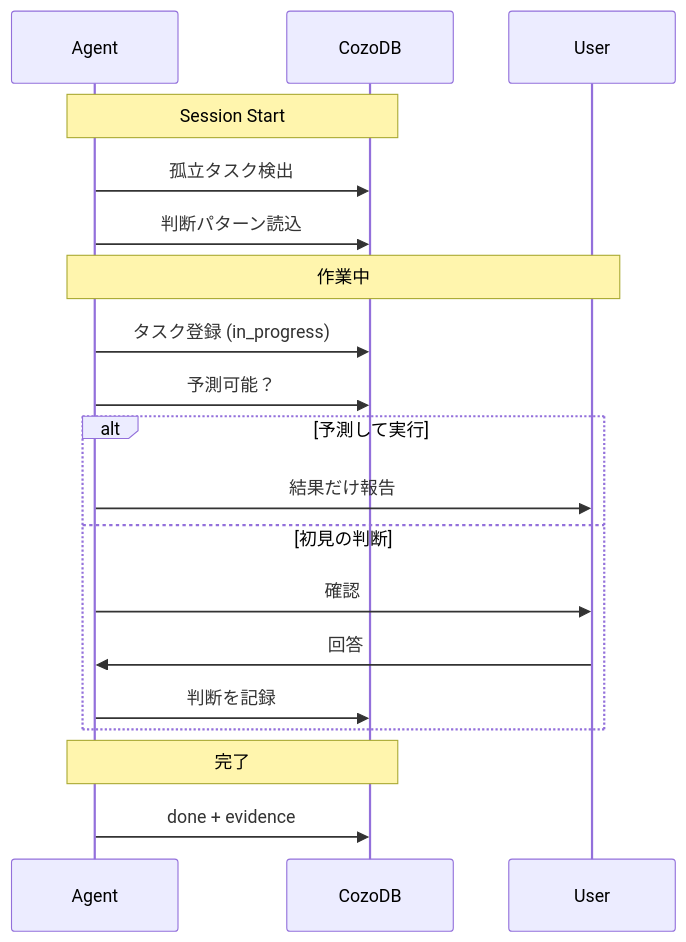
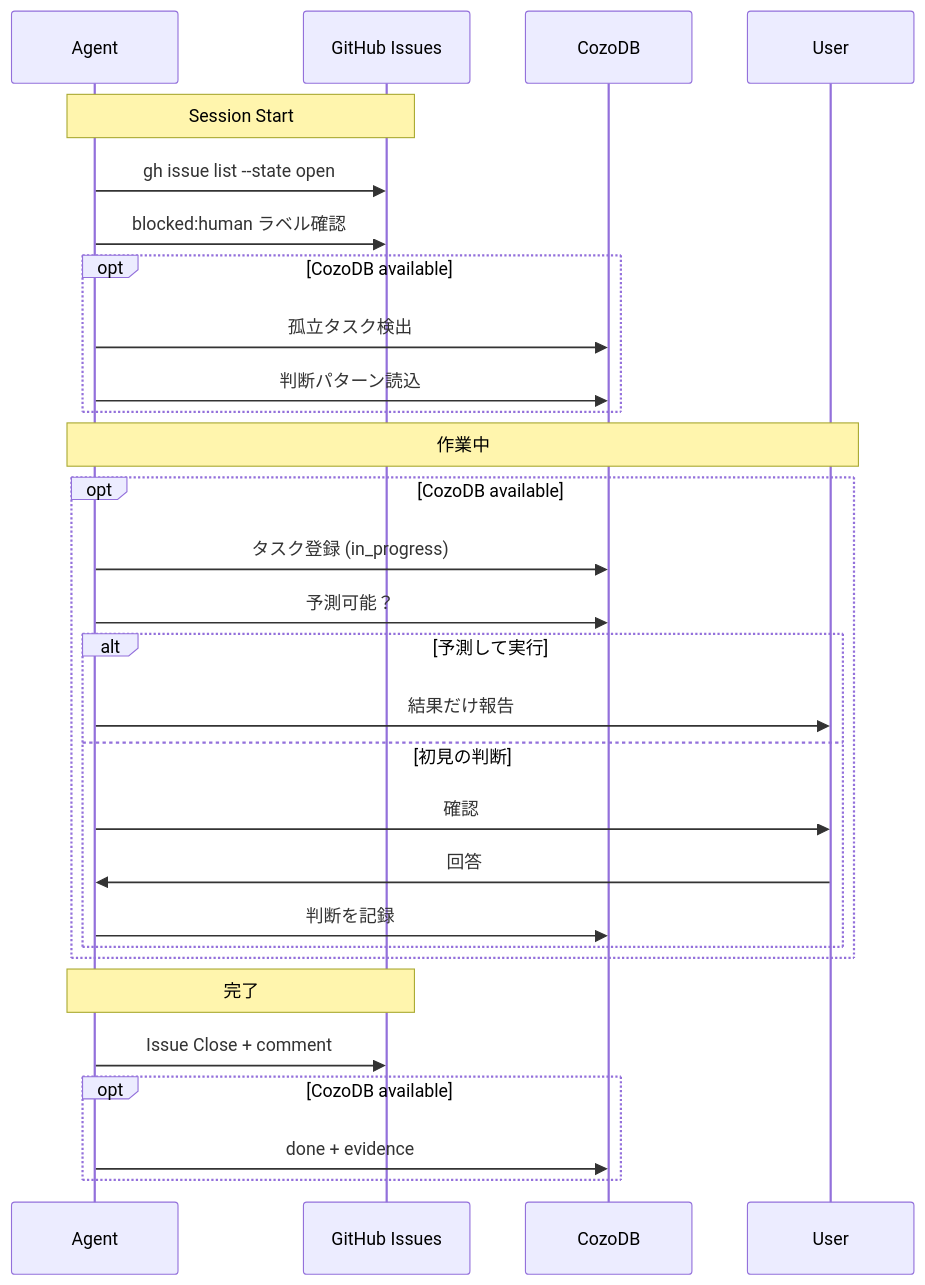
The fifth of 5 diagrams in README.md (AtsushiYamashita/skills-my-util), drawn with Mermaid before and after one commit. The commit also changed other lines of this file and 2 other files, not shown here.

Commit message:
docs: define GitHub Issues vs CozoDB boundary, remove status labels
Why: status:planned/in-progress/blocked labels duplicated CozoDB state,
creating a sync problem with no clear source of truth. Labels are now
classification-only (blocked:*, critical-path, priority:*), and state
management is CozoDB's responsibility.

````diff
--- a/README.md
+++ b/README.md
@@ -74,24 +74,35 @@
 ```mermaid
 sequenceDiagram
     participant A as Agent
+    participant GH as GitHub Issues
     participant C as CozoDB
     participant U as User
 
-    Note over A,C: Session Start
-    A->>C: 孤立タスク検出
-    A->>C: 判断パターン読込
+    Note over A,GH: Session Start
+    A->>GH: gh issue list --state open
+    A->>GH: blocked:human ラベル確認
+
+    opt CozoDB available
+        A->>C: 孤立タスク検出
+        A->>C: 判断パターン読込
+    end
 
     Note over A,U: 作業中
-    A->>C: タスク登録 (in_progress)
-    A->>C: 予測可能？
-    alt 予測して実行
-        A->>U: 結果だけ報告
-    else 初見の判断
-        A->>U: 確認
-        U->>A: 回答
-        A->>C: 判断を記録
+    opt CozoDB available
+        A->>C: タスク登録 (in_progress)
+        A->>C: 予測可能？
+        alt 予測して実行
+            A->>U: 結果だけ報告
+        else 初見の判断
+            A->>U: 確認
+            U->>A: 回答
+            A->>C: 判断を記録
+        end
     end
 
-    Note over A,C: 完了
-    A->>C: done + evidence
+    Note over A,GH: 完了
+    A->>GH: Issue Close + comment
+    opt CozoDB available
+        A->>C: done + evidence
+    end
 ```
````
